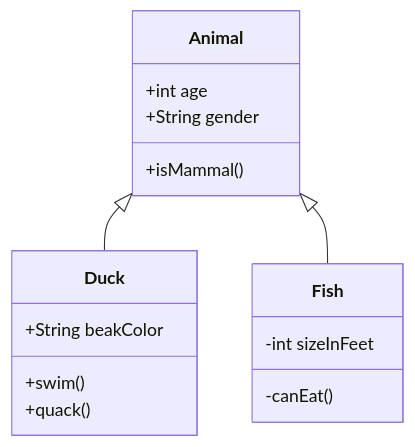
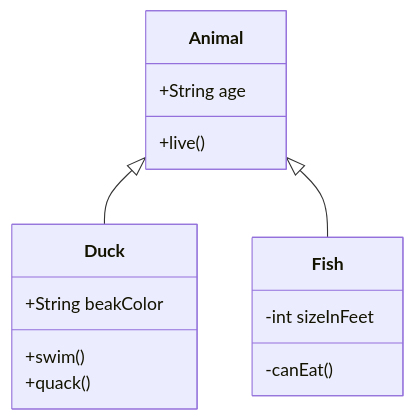
The third of 8 diagrams in slides.md (adam-ikari/markdown-ai-ecosystem), drawn with Mermaid before and after one commit. The commit also changed other lines of this file and 2 other files, not shown here.

````diff
--- a/slides.md
+++ b/slides.md
@@ -337,17 +952,22 @@
 ```mermaid
 classDiagram
+
   Animal <|-- Duck
   Animal <|-- Fish
-  Animal: +int age
-  Animal: +String gender
-  Animal: +isMammal()
+
+  class Animal{
+    +String age
+    +live()
+  }
+
   class Duck{
     +String beakColor
     +swim()
     +quack()
   }
+
   class Fish{
     -int sizeInFeet
     -canEat()
   }
 ```
````
